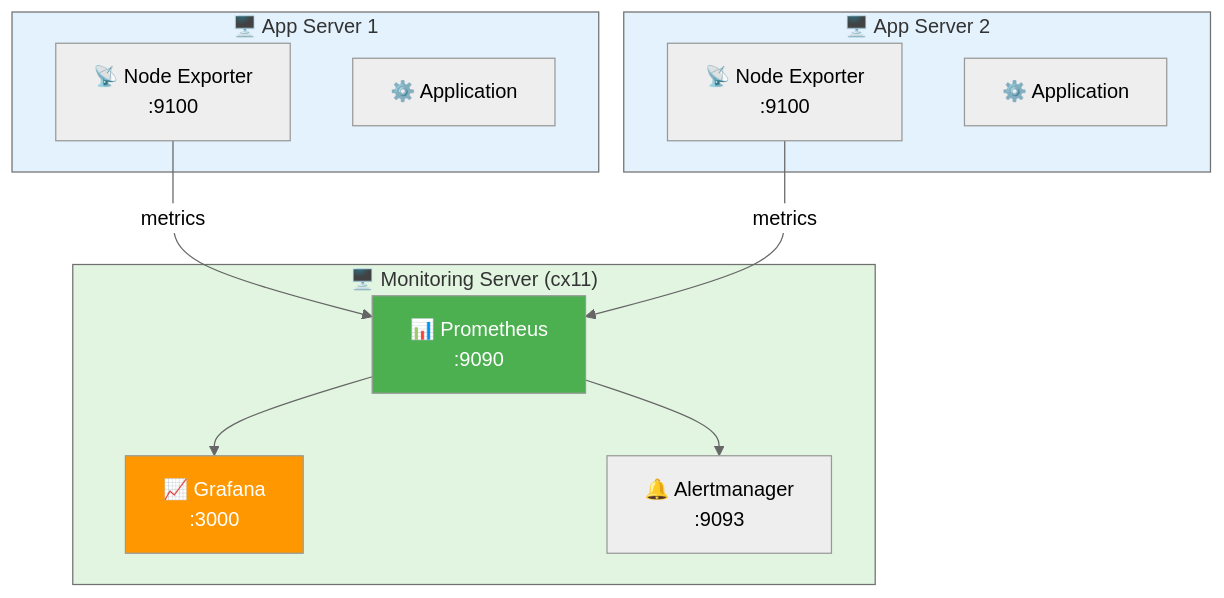
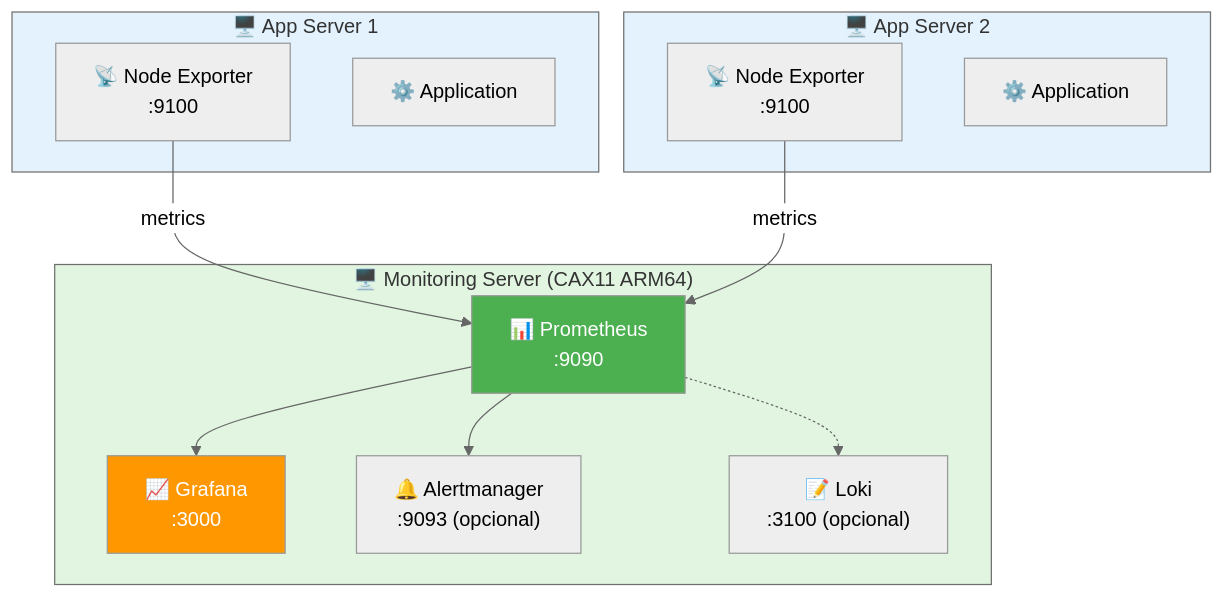
Before and after one commit to malpanez/hetzner-secure-infrastructure: the first of 4 diagrams in docs/infrastructure/MONITORING_ARCHITECTURE.md, drawn with Mermaid (neutral theme). The commit also changed other lines of this file and 38 other files, not shown here.

````diff
--- a/docs/infrastructure/MONITORING_ARCHITECTURE.md
+++ b/docs/infrastructure/MONITORING_ARCHITECTURE.md
@@ -24,29 +24,31 @@
 ```mermaid
 graph TB
-    subgraph monitoring["🖥️ Monitoring Server (cx11)"]
+    subgraph monitoring["🖥️ Monitoring Server (CAX11 ARM64)"]
         prom["📊 Prometheus<br/>:9090"]
         graf["📈 Grafana<br/>:3000"]
-        alert["🔔 Alertmanager<br/>:9093"]
+        alert["🔔 Alertmanager<br/>:9093 (opcional)"]
+        loki["📝 Loki<br/>:3100 (opcional)"]
     end
 
     subgraph app1["🖥️ App Server 1"]
         node1["📡 Node Exporter<br/>:9100"]
         app_1["⚙️ Application"]
     end
 
     subgraph app2["🖥️ App Server 2"]
         node2["📡 Node Exporter<br/>:9100"]
         app_2["⚙️ Application"]
     end
 
     node1 -->|metrics| prom
     node2 -->|metrics| prom
     prom --> graf
     prom --> alert
+    prom -.-> loki
 
     style monitoring fill:#e1f5e1
     style app1 fill:#e3f2fd
     style app2 fill:#e3f2fd
     style prom fill:#4caf50,color:#fff
     style graf fill:#ff9800,color:#fff
 ```
````
